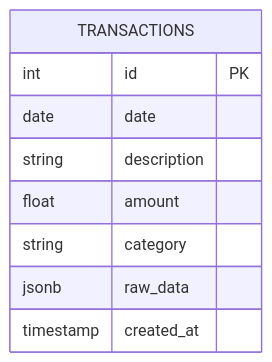
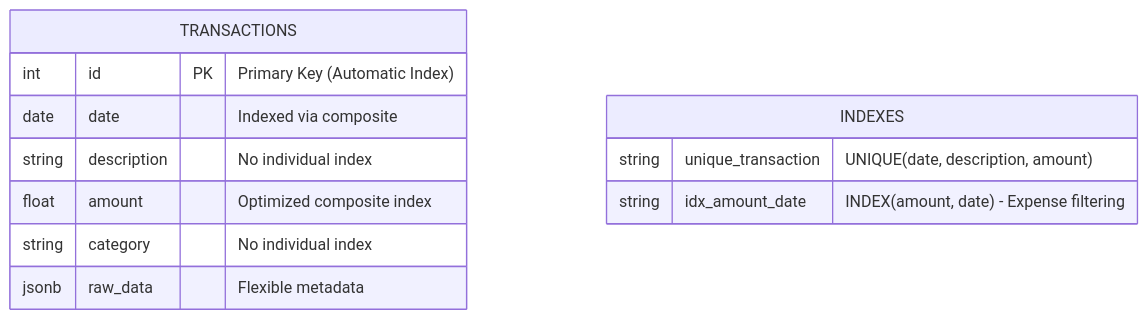
One commit to simpat-jesus/e-harold-krabs changed the second of 6 diagrams in docs/ARCHITECTURE.md. Above: the diagram before and after it, drawn with Mermaid. The commit also changed other lines of this file and 20 other files, not shown here.

````diff
--- a/docs/ARCHITECTURE.md
+++ b/docs/ARCHITECTURE.md
@@ -21,12 +31,16 @@
 ```mermaid
 erDiagram
     TRANSACTIONS {
-        int id PK
-        date date
-        string description
-        float amount
-        string category
-        jsonb raw_data
-        timestamp created_at
+        int id PK "Primary Key (Automatic Index)"
+        date date "Indexed via composite"
+        string description "No individual index"
+        float amount "Optimized composite index"
+        string category "No individual index"
+        jsonb raw_data "Flexible metadata"
+    }
+    
+    INDEXES {
+        string unique_transaction "UNIQUE(date, description, amount)"
+        string idx_amount_date "INDEX(amount, date) - Expense filtering"
     }
 ```
````
